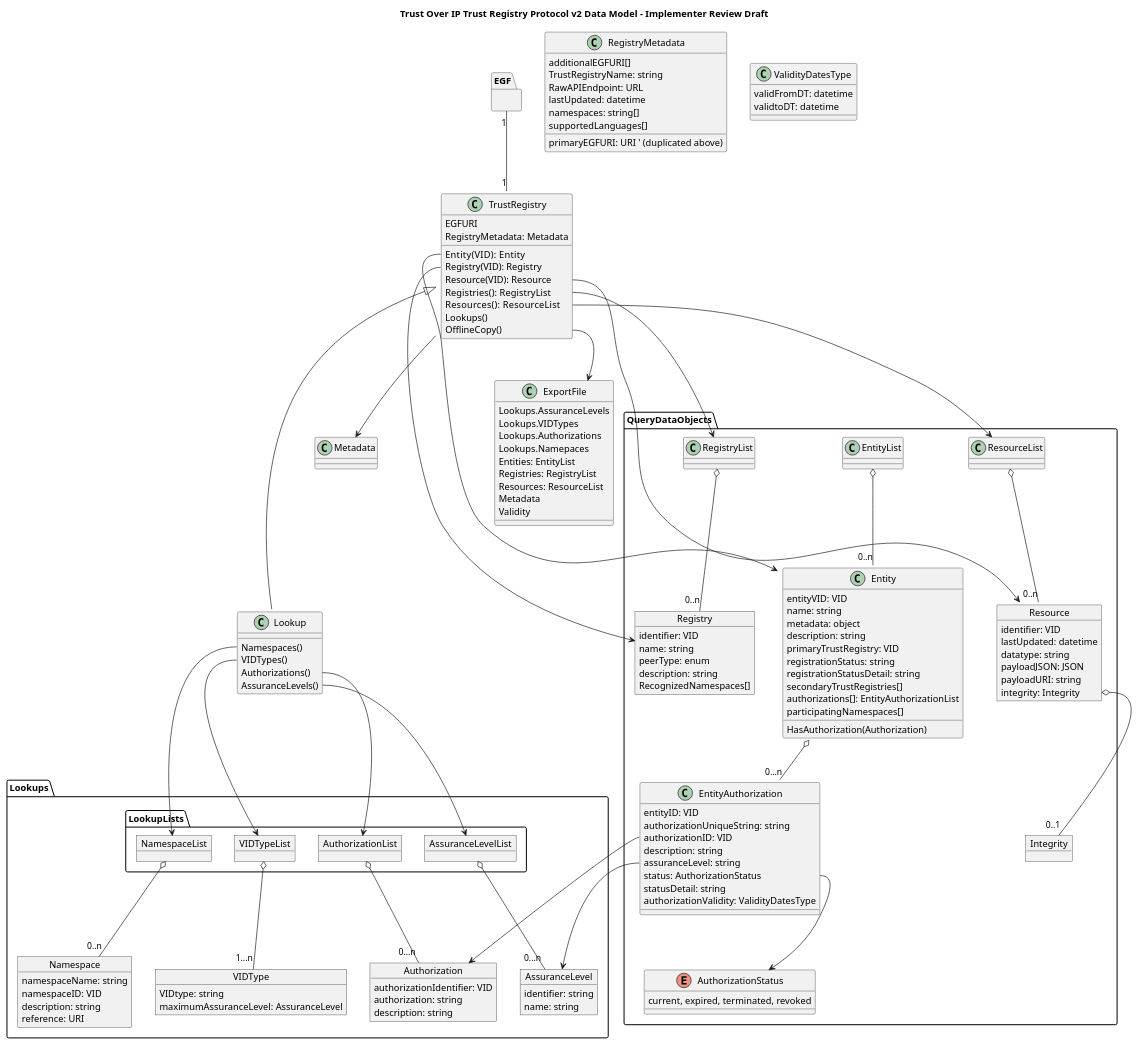
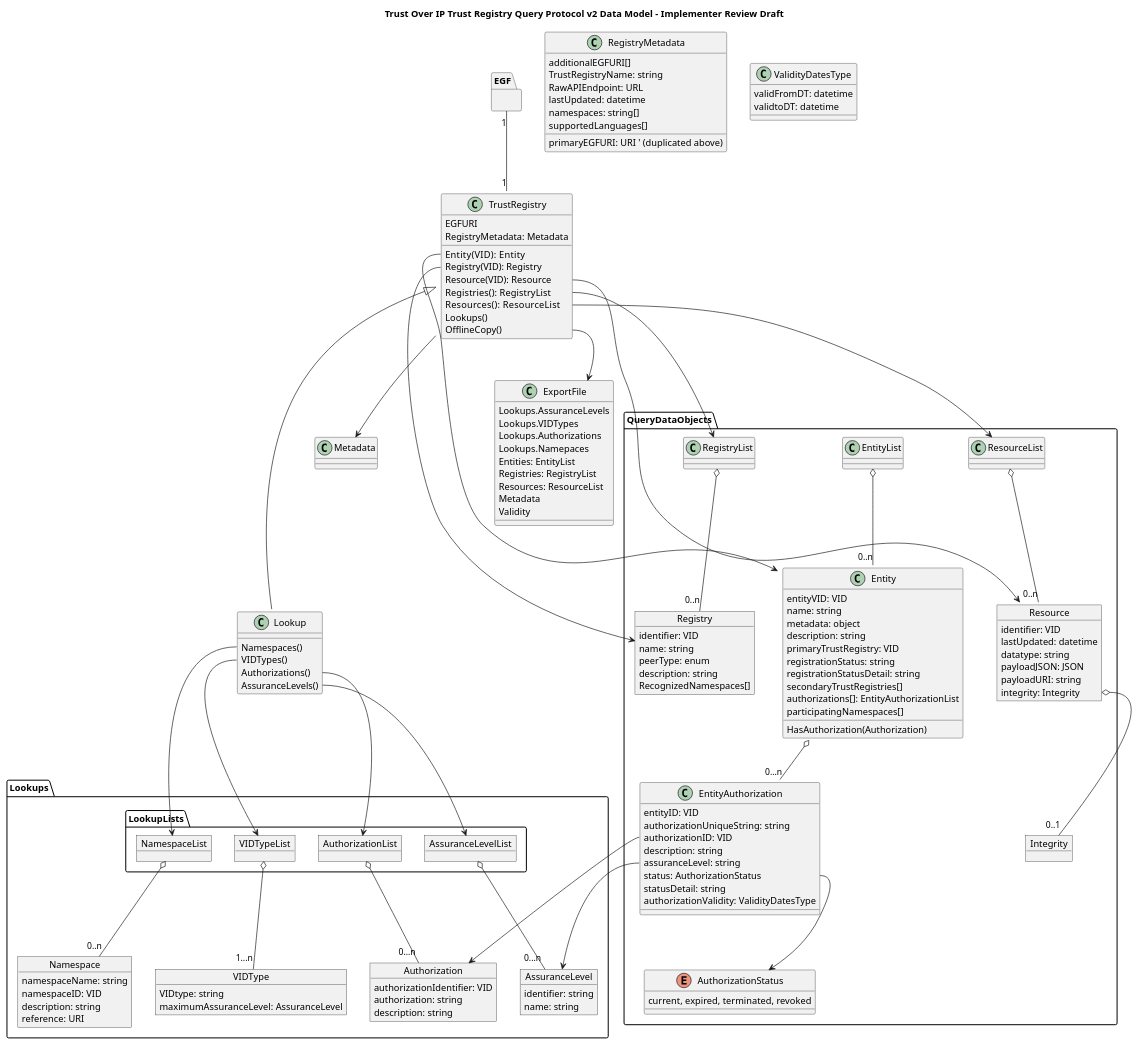
Before and after one commit to trustoverip/tswg-trust-registry-protocol: the diagram in diagrams/highlevel.plantuml, drawn with PlantUML. The commit also changed 4 other files, not shown here.

```diff
--- a/diagrams/highlevel.plantuml
+++ b/diagrams/highlevel.plantuml
@@ -2,7 +2,7 @@
 
 
 
-title Trust Over IP Trust Registry Protocol v2 Data Model - Implementer Review Draft
+title Trust Over IP Trust Registry Query Protocol v2 Data Model - Implementer Review Draft
 
 package EGF {
 
```
